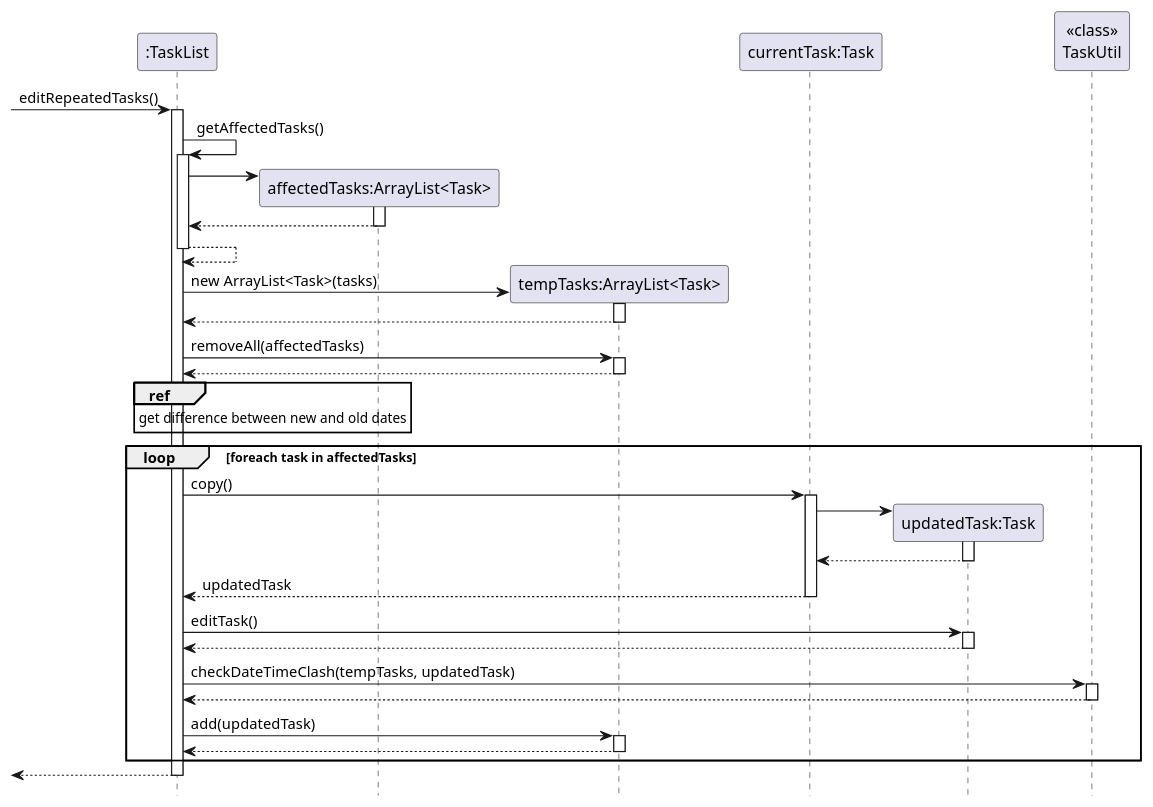
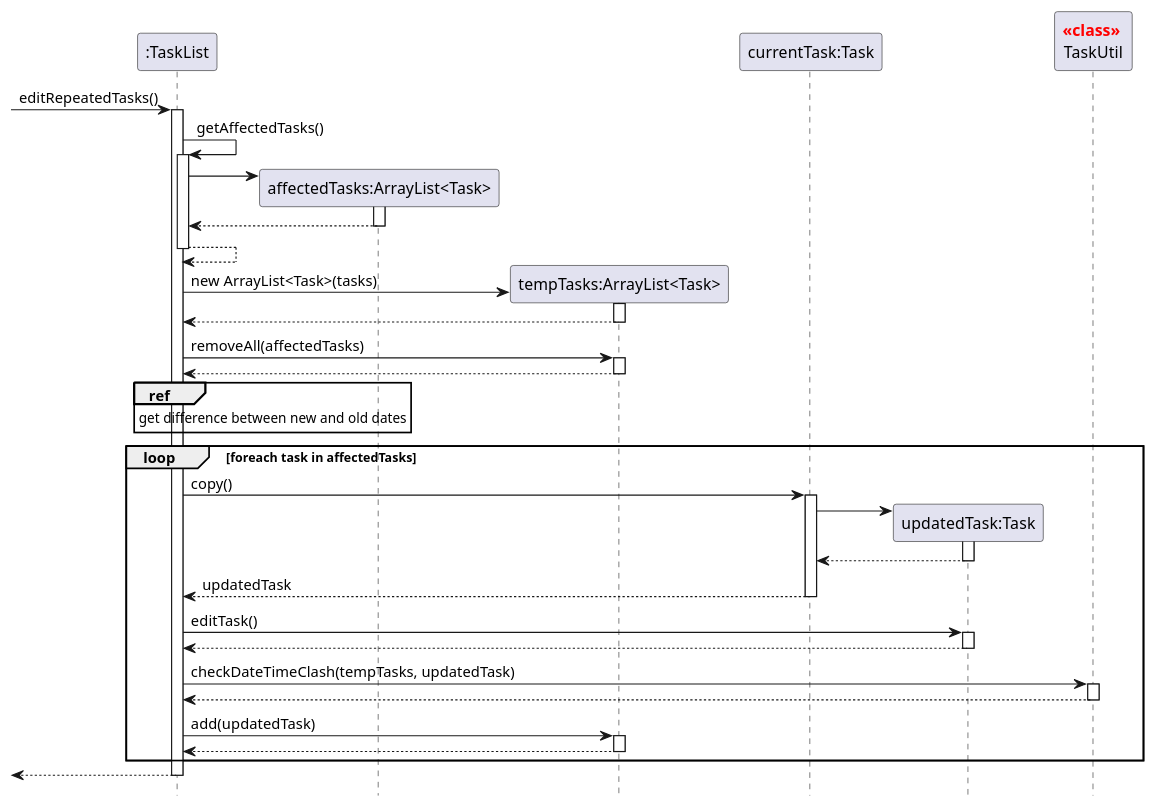
The diagram in docs/puml/EditRepeatedTaskSD.puml (nus-cs2113-AY2122S2/tp), drawn with PlantUML before and after one commit. The commit also changed 8 other files, not shown here.

Commit message:
Add colour to <<class>> header in sequence diagrams Fix activation bar issues in some sequence diagrams

```diff
--- a/docs/puml/EditRepeatedTaskSD.puml
+++ b/docs/puml/EditRepeatedTaskSD.puml
@@ -1,42 +1,42 @@
 @startuml
 'https://plantuml.com/sequence-diagram
 
 hide footbox
 participant TaskList as ":TaskList"
 participant affectedTasks as "affectedTasks:ArrayList<Task>"
 participant tempTasks as "tempTasks:ArrayList<Task>"
 participant currentTask as "currentTask:Task"
 participant newTask as "updatedTask:Task"
-participant TaskUtil as "<<class>>\nTaskUtil"
+participant TaskUtil as "<font color=red>**<<class>>** \nTaskUtil"
 
 [-> TaskList ++ : editRepeatedTasks()
 TaskList -> TaskList ++ : getAffectedTasks()
 create affectedTasks
 TaskList -> affectedTasks ++:
 affectedTasks --> TaskList --
 TaskList --> TaskList --
 
 create tempTasks
 TaskList -> tempTasks ++: new ArrayList<Task>(tasks)
 tempTasks --> TaskList --
 
 TaskList -> tempTasks ++: removeAll(affectedTasks)
 tempTasks --> TaskList --
 
 ref over TaskList : get difference between new and old dates
 
 loop foreach task in affectedTasks
     TaskList -> currentTask ++ : copy()
     create newTask
     currentTask -> newTask ++
     newTask --> currentTask --
     currentTask --> TaskList -- : updatedTask
     TaskList -> newTask ++ : editTask()
     newTask --> TaskList --
     TaskList -> TaskUtil ++ : checkDateTimeClash(tempTasks, updatedTask)
     TaskUtil --> TaskList --
     TaskList -> tempTasks ++ : add(updatedTask)
     tempTasks --> TaskList --
 end
 return
 @enduml
```
